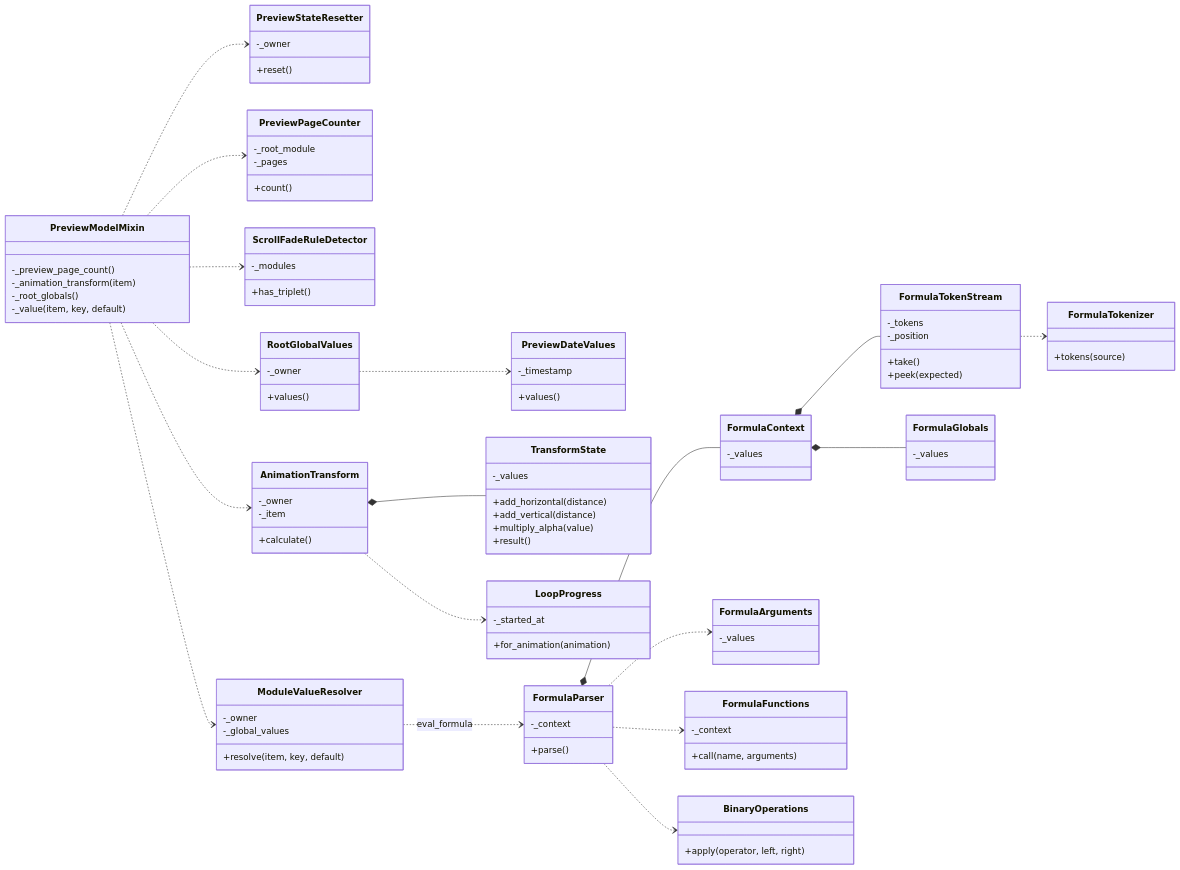
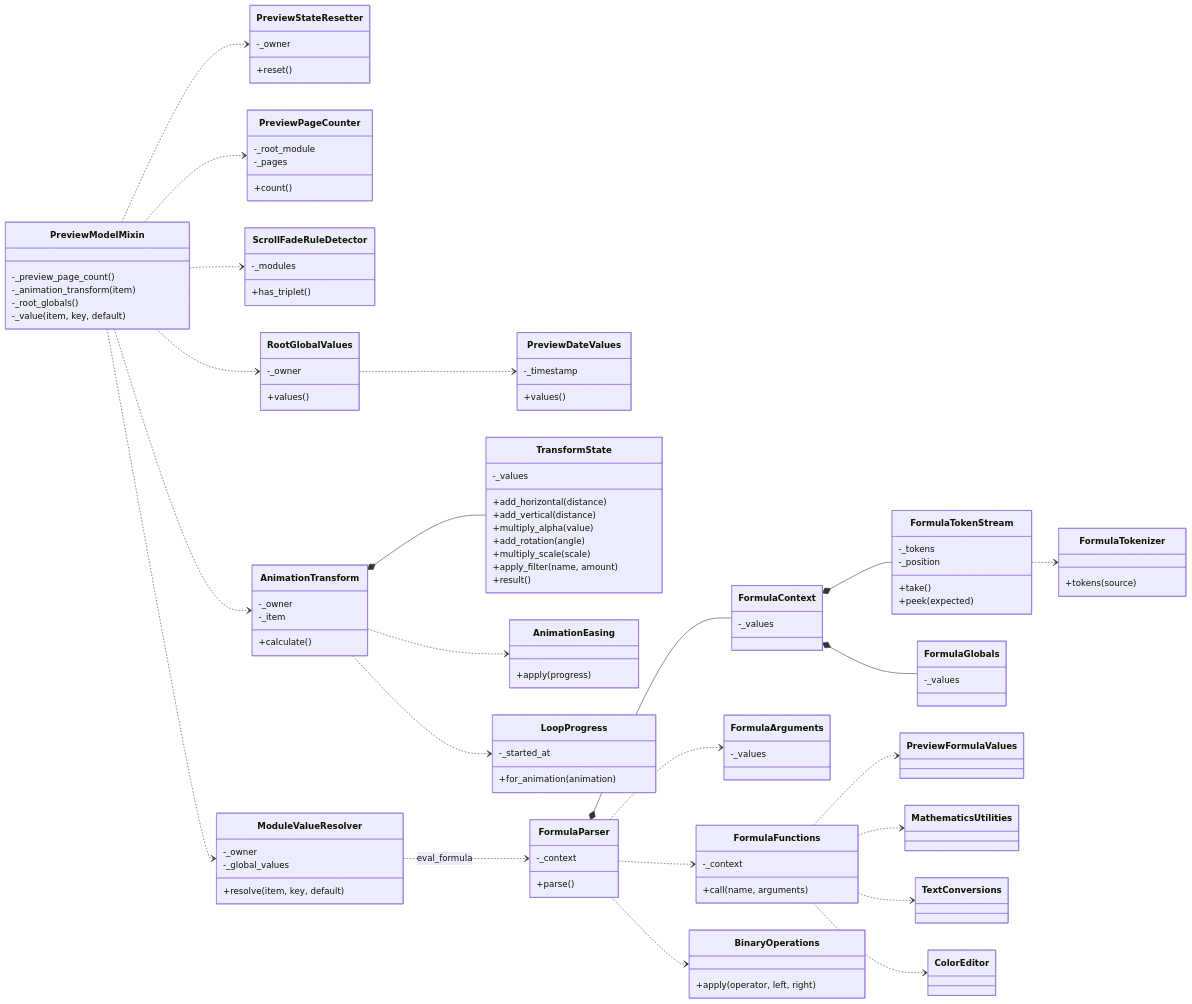
One commit to k014c1287/klwp_pc_editor changed the fourth of 13 diagrams in doc/KLWPエディタ_設計仕様.md. Above: the diagram before and after it, drawn with Mermaid. The commit also changed other lines of this file and 26 other files, not shown here.

````diff
--- a/doc/KLWPエディタ_設計仕様.md
+++ b/doc/KLWPエディタ_設計仕様.md
@@ -383,7 +396,13 @@
         +add_horizontal(distance)
         +add_vertical(distance)
         +multiply_alpha(value)
+        +add_rotation(angle)
+        +multiply_scale(scale)
+        +apply_filter(name, amount)
         +result()
+    }
+    class AnimationEasing {
+        +apply(progress)
     }
     class LoopProgress {
         -_started_at
@@ -418,6 +437,10 @@
     class BinaryOperations {
         +apply(operator, left, right)
     }
+    class PreviewFormulaValues
+    class MathematicsUtilities
+    class TextConversions
+    class ColorEditor
 
     PreviewModelMixin ..> PreviewStateResetter
     PreviewModelMixin ..> PreviewPageCounter
@@ -428,6 +451,7 @@
     RootGlobalValues ..> PreviewDateValues
     AnimationTransform *-- TransformState
     AnimationTransform ..> LoopProgress
+    AnimationTransform ..> AnimationEasing
     ModuleValueResolver ..> FormulaParser : eval_formula
     FormulaParser *-- FormulaContext
     FormulaContext *-- FormulaTokenStream
@@ -436,4 +460,8 @@
     FormulaParser ..> FormulaArguments
     FormulaParser ..> FormulaFunctions
     FormulaParser ..> BinaryOperations
+    FormulaFunctions ..> PreviewFormulaValues
+    FormulaFunctions ..> MathematicsUtilities
+    FormulaFunctions ..> TextConversions
+    FormulaFunctions ..> ColorEditor
 ```
````
